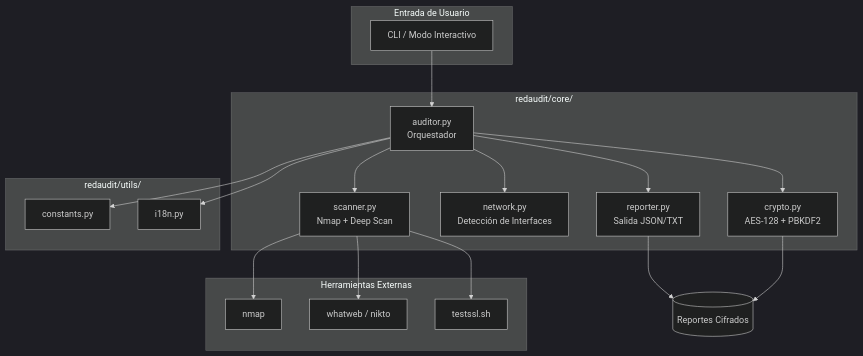
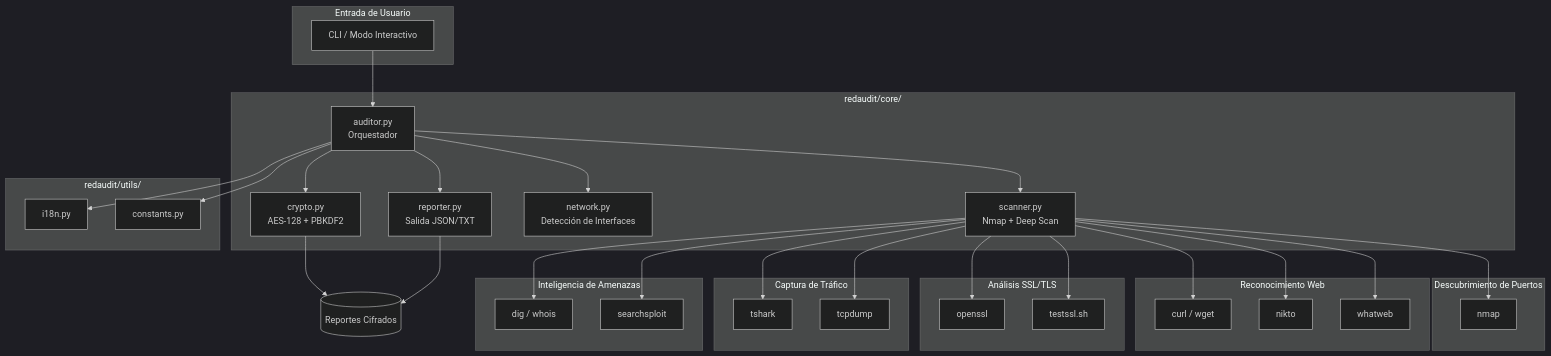
The diagram in README_ES.md (dorinbad/RedAudit), drawn with Mermaid (dark theme) before and after one commit. The commit also changed 1 other file, not shown here.

Commit message:
docs: expand architecture diagram to show all 11 external tools
Grouped by function:
- Port Discovery: nmap
- Web Recon: whatweb, nikto, curl/wget
- SSL/TLS: testssl.sh, openssl
- Traffic: tcpdump, tshark
- Intel: searchsploit, dig/whois

````diff
--- a/README_ES.md
+++ b/README_ES.md
@@ -44,32 +44,55 @@
 ```mermaid
 flowchart TB
     subgraph Input["Entrada de Usuario"]
         A[CLI / Modo Interactivo]
     end
     
     subgraph Core["redaudit/core/"]
         B[auditor.py<br/>Orquestador]
         C[scanner.py<br/>Nmap + Deep Scan]
         D[network.py<br/>Detección de Interfaces]
         E[reporter.py<br/>Salida JSON/TXT]
         F[crypto.py<br/>AES-128 + PBKDF2]
     end
     
     subgraph Utils["redaudit/utils/"]
         G[constants.py]
         H[i18n.py]
     end
     
-    subgraph External["Herramientas Externas"]
+    subgraph Scanning["Descubrimiento de Puertos"]
         I[nmap]
-        J[whatweb / nikto]
-        K[testssl.sh]
+    end
+    
+    subgraph WebAudit["Reconocimiento Web"]
+        J[whatweb]
+        K[nikto]
+        L[curl / wget]
+    end
+    
+    subgraph SSL["Análisis SSL/TLS"]
+        M[testssl.sh]
+        N[openssl]
+    end
+    
+    subgraph Traffic["Captura de Tráfico"]
+        O[tcpdump]
+        P[tshark]
+    end
+    
+    subgraph Intel["Inteligencia de Amenazas"]
+        Q[searchsploit]
+        R[dig / whois]
     end
     
     A --> B
     B --> C & D & E & F
-    C --> I & J & K
     B --> G & H
+    C --> I
+    C --> J & K & L
+    C --> M & N
+    C --> O & P
+    C --> Q & R
     E --> Output[(Reportes Cifrados)]
     F --> Output
 ```
````
